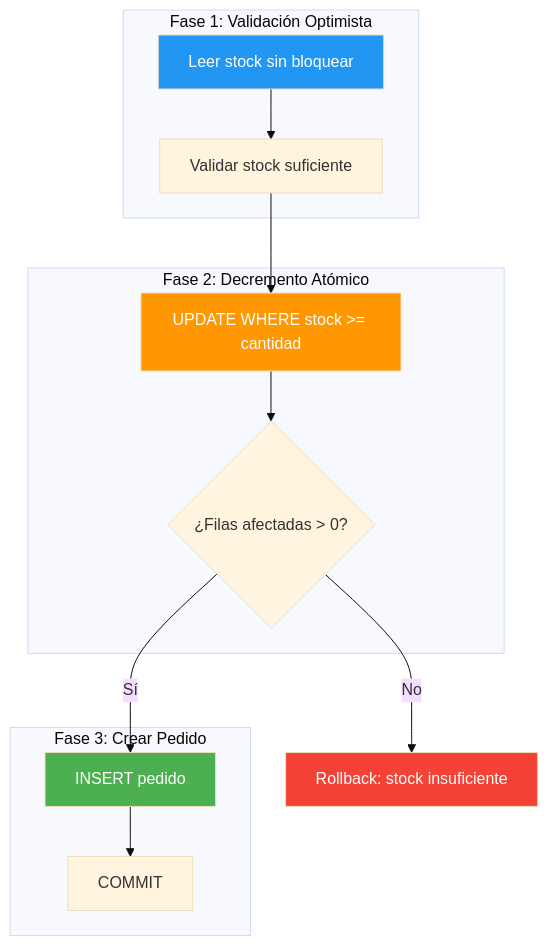
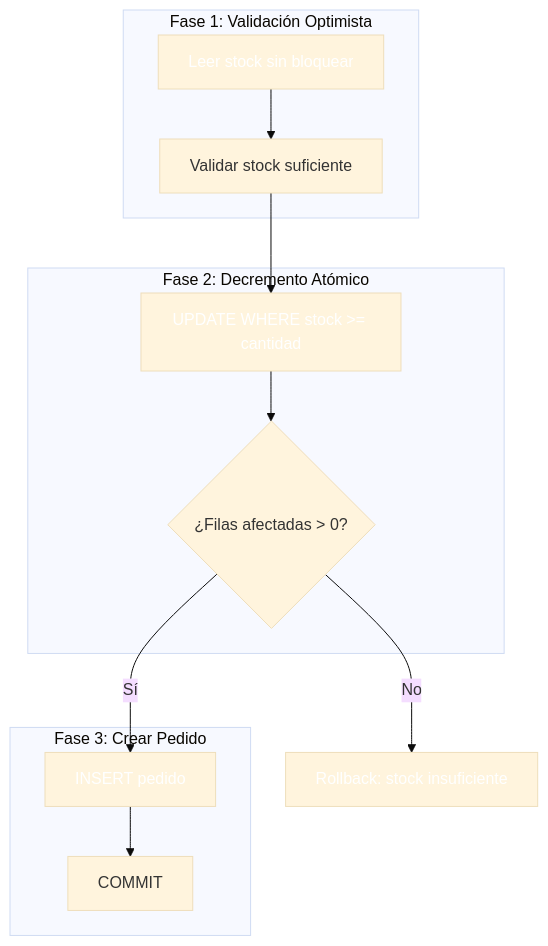
Before and after one commit to joseluisgs/DesarrolloWebEntornosServidor-02-2026-2027: the sixth of 8 diagrams in 15-transacciones-identificadores.md, drawn with Mermaid (base theme). The commit also changed other lines of this file and 41 other files, not shown here.

````diff
--- a/15-transacciones-identificadores.md
+++ b/15-transacciones-identificadores.md
@@ -268,19 +268,19 @@
 ```mermaid
 flowchart TD
     subgraph "Fase 1: Validación Optimista"
         A1["Leer stock sin bloquear"] --> A2["Validar stock suficiente"]
     end
     subgraph "Fase 2: Decremento Atómico"
         B1["UPDATE WHERE stock >= cantidad"]
         B2{"¿Filas afectadas > 0?"}
     end
     subgraph "Fase 3: Crear Pedido"
         C1["INSERT pedido"] --> C2["COMMIT"]
     end
     A2 --> B1 --> B2 -->|Sí| C1
     B2 -->|No| D["Rollback: stock insuficiente"]
-    style A1 fill:#2196F3,color:#fff
-    style B1 fill:#FF9800,color:#fff
-    style C1 fill:#4CAF50,color:#fff
-    style D fill:#F44336,color:#fff
+    style A1 fill:#2196F,color:#fff3,color:#fff
+    style B1 fill:#FF980,color:#fff0,color:#fff
+    style C1 fill:#4CAF5,color:#fff0,color:#fff
+    style D fill:#F4433,color:#fff6,color:#fff
 ```
````
